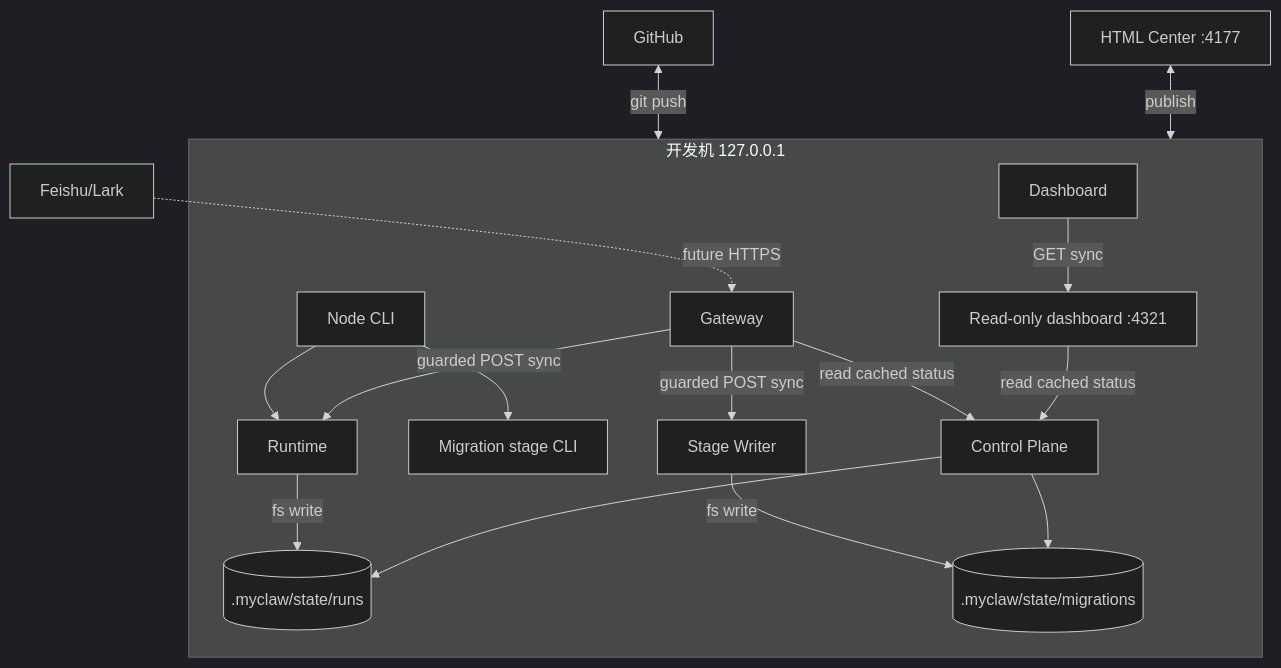
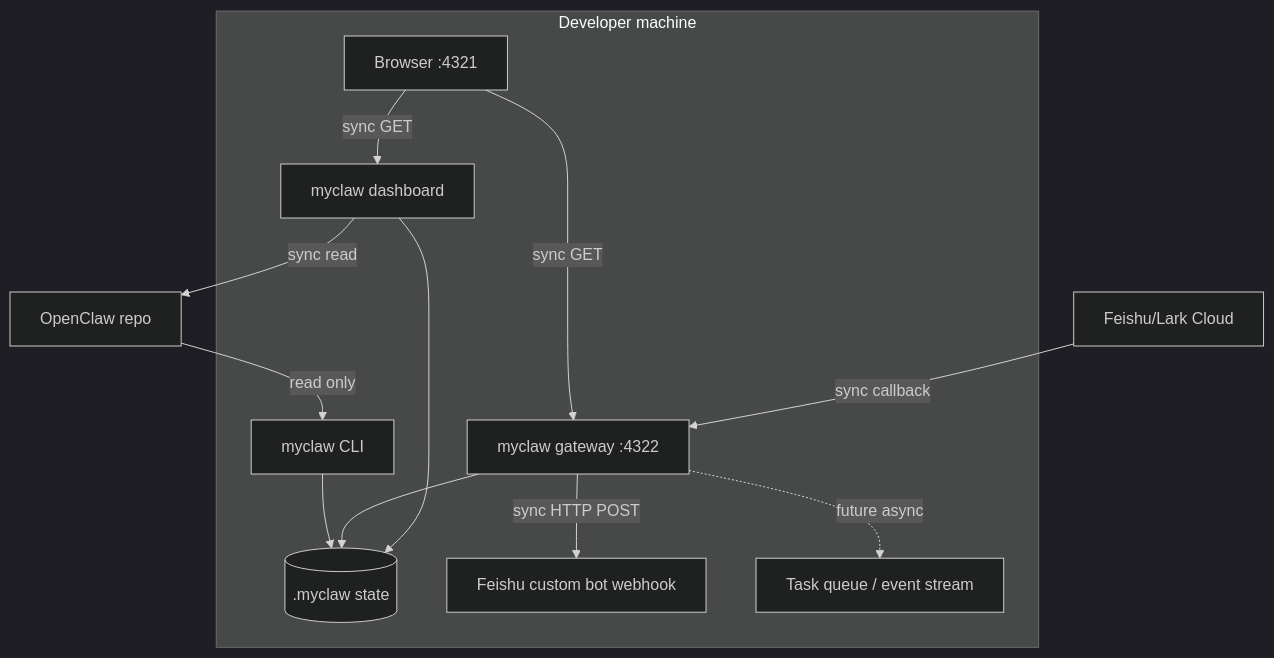
Before and after one commit to mayf3/myclaw: the eighth of 8 diagrams in docs/implementation-architecture.md, drawn with Mermaid (dark theme). The commit also changed other lines of this file and 22 other files, not shown here.

````diff
--- a/docs/implementation-architecture.md
+++ b/docs/implementation-architecture.md
@@ -286,19 +277,15 @@
 ```mermaid
 flowchart TB
-  subgraph Localhost[开发机 127.0.0.1]
-    Browser[Dashboard] -->|GET sync| DashboardServer[Read-only dashboard :4321]
-    CLI[Node CLI] --> Runtime[Runtime]
-    CLI --> StageCLI[Migration stage CLI]
-    Gateway -->|guarded POST sync| Runtime
-    Gateway -->|guarded POST sync| StageWriter[Stage Writer]
-    Runtime -->|fs write| State[(.myclaw/state/runs)]
-    StageWriter -->|fs write| StageState[(.myclaw/state/migrations)]
-    Gateway -->|read cached status| Control[Control Plane]
-    DashboardServer -->|read cached status| Control
-    Control --> State
-    Control --> StageState
+  subgraph Localhost[Developer machine]
+    Browser[Browser :4321] -->|sync GET| Dashboard[myclaw dashboard]
+    Browser -->|sync GET| Gateway[myclaw gateway :4322]
+    CLI[myclaw CLI] --> State[(.myclaw state)]
+    Gateway --> State
+    Dashboard --> State
+    Gateway -->|sync HTTP POST| FeishuWebhook[Feishu custom bot webhook]
+    Gateway -.future async.-> Queue[Task queue / event stream]
   end
-  Feishu[Feishu/Lark] -.future HTTPS.-> Gateway
-  GitHub[GitHub] <-->|git push| Localhost
-  HtmlCenter[HTML Center :4177] <-->|publish| Localhost
+  Feishu[Feishu/Lark Cloud] -->|sync callback| Gateway
+  OpenClawRepo[OpenClaw repo] -->|read only| CLI
+  Dashboard -->|sync read| OpenClawRepo
 ```
````
